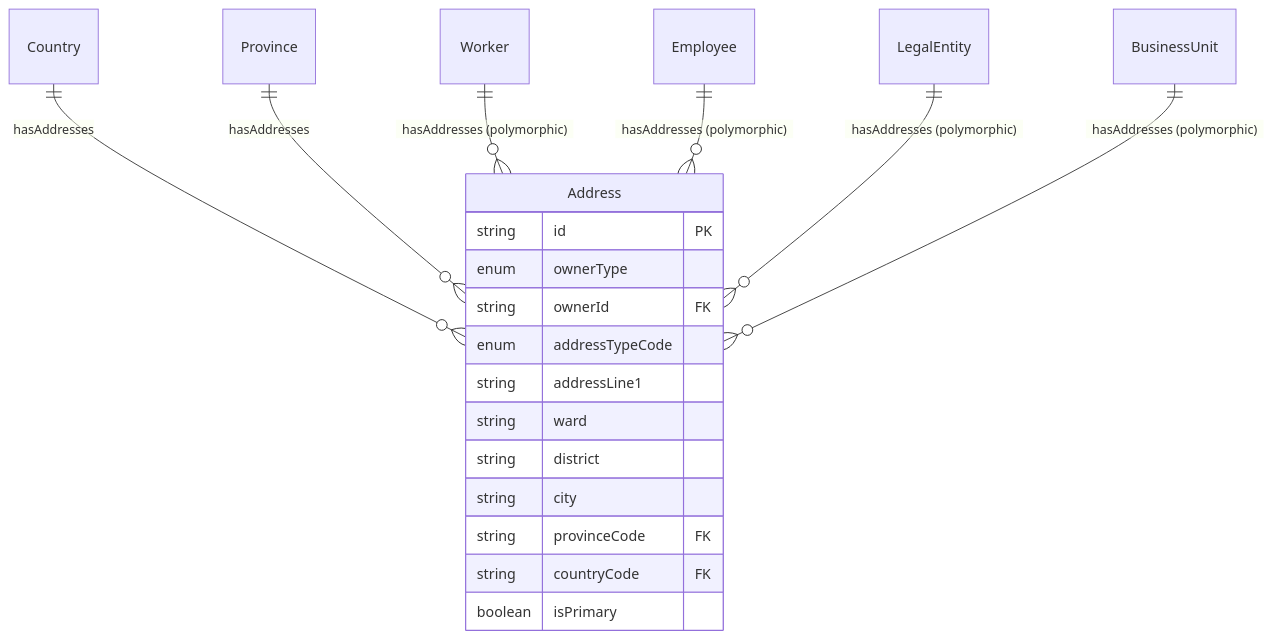
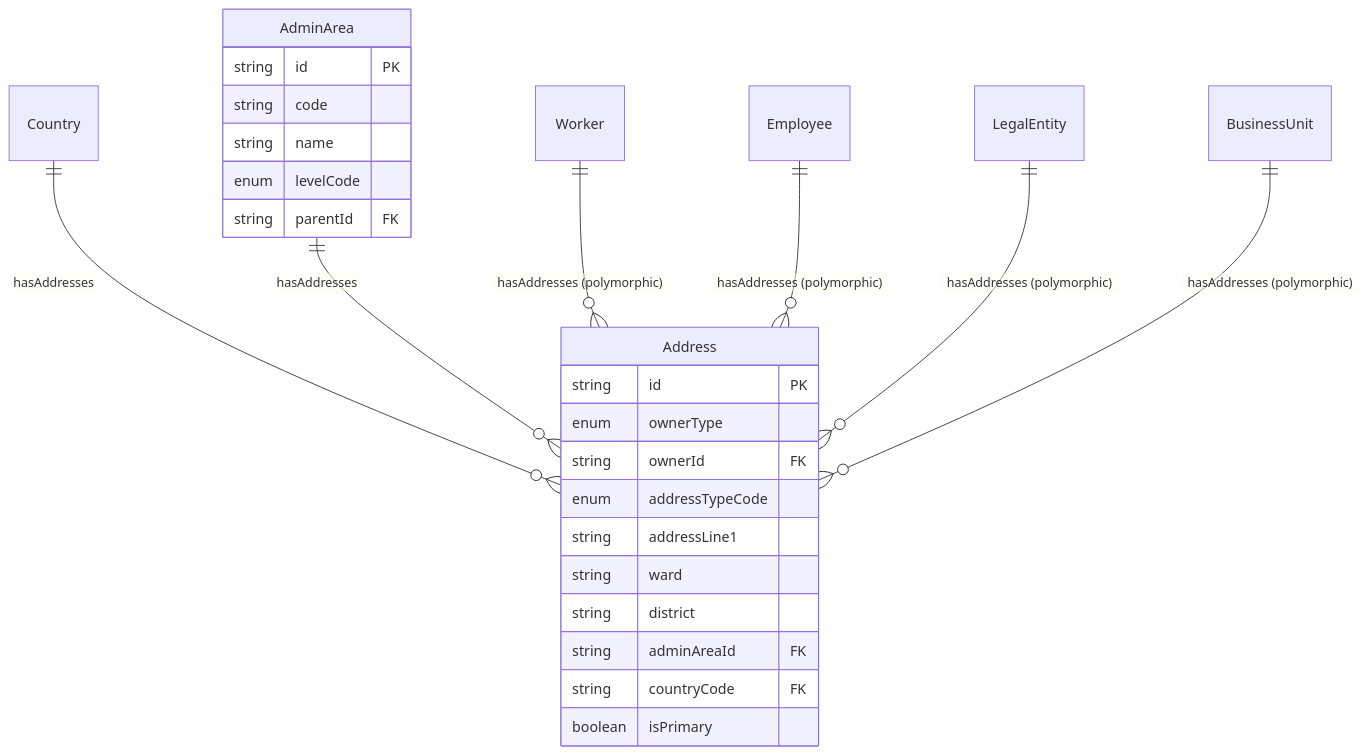
Before and after one commit to a4b-corporation/xTalent: the second of 3 diagrams in docs/01-modules/CO/00-new/02.ontology/Address.onto.md, drawn with Mermaid. The commit also changed other lines of this file and 2 other files, not shown here.

````diff
--- a/docs/01-modules/CO/00-new/02.ontology/Address.onto.md
+++ b/docs/01-modules/CO/00-new/02.ontology/Address.onto.md
@@ -383,23 +395,30 @@
 ```mermaid
 erDiagram
     Country ||--o{ Address : hasAddresses
-    Province ||--o{ Address : hasAddresses
+    AdminArea ||--o{ Address : hasAddresses
     Worker ||--o{ Address : "hasAddresses (polymorphic)"
     Employee ||--o{ Address : "hasAddresses (polymorphic)"
     LegalEntity ||--o{ Address : "hasAddresses (polymorphic)"
     BusinessUnit ||--o{ Address : "hasAddresses (polymorphic)"
     
     Address {
         string id PK
         enum ownerType
         string ownerId FK
         enum addressTypeCode
         string addressLine1
         string ward
         string district
-        string city
-        string provinceCode FK
+        string adminAreaId FK
         string countryCode FK
         boolean isPrimary
     }
+    
+    AdminArea {
+        string id PK
+        string code
+        string name
+        enum levelCode
+        string parentId FK
+    }
 ```
````
